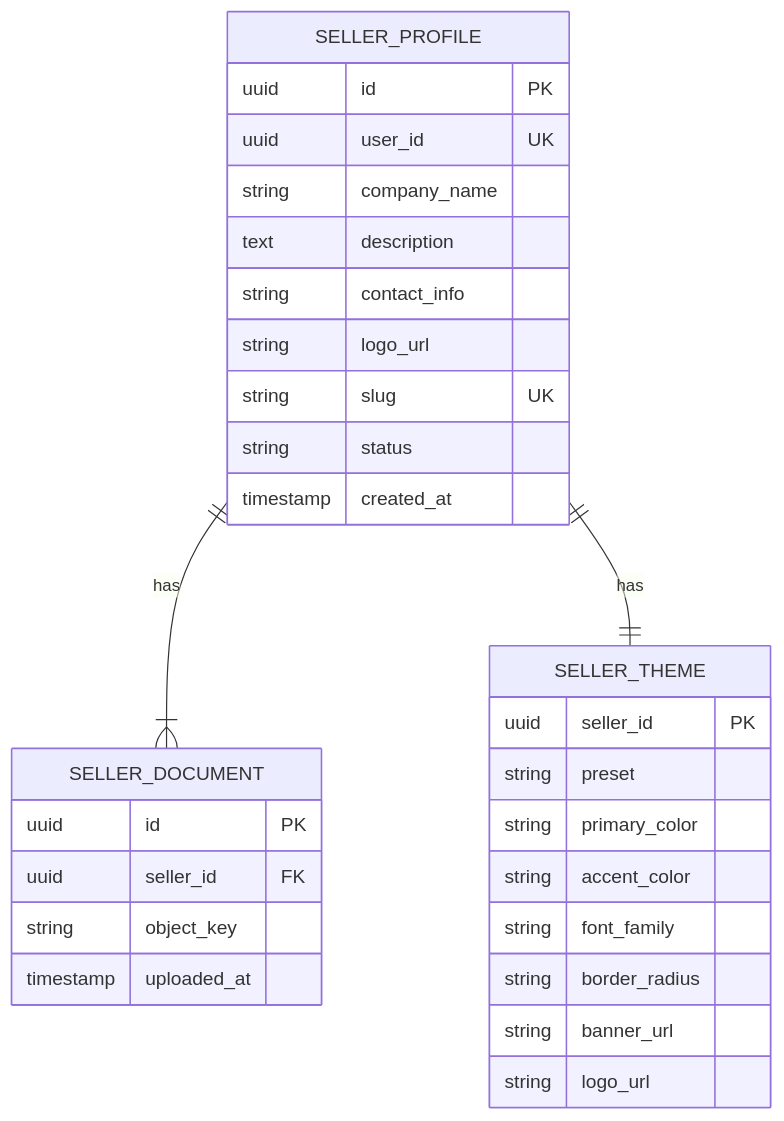
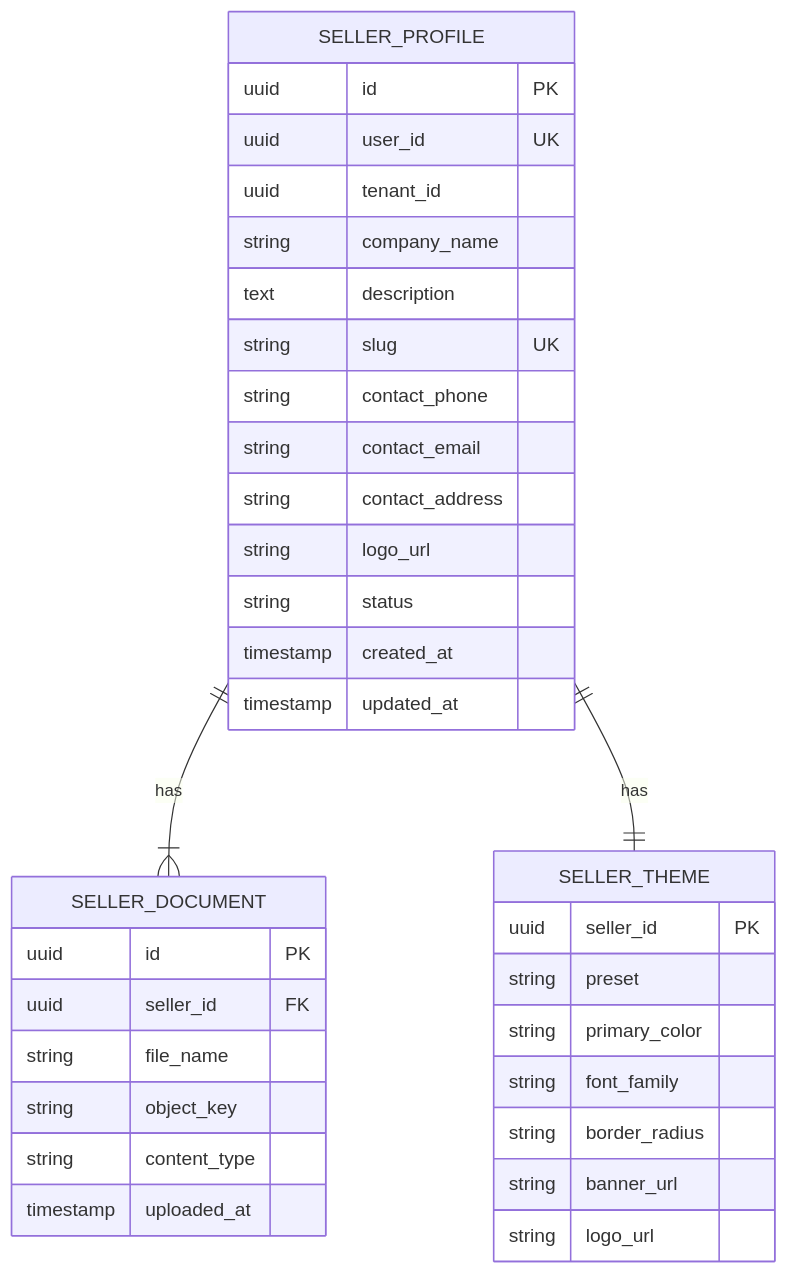
Before and after one commit to stefann5/marketplace: the diagram in diagrams/seller-service/er-diagram.md, drawn with Mermaid. The commit also changed 5 other files, not shown here.

Commit message:
update diagrams and readme for seller service changes

````diff
--- a/diagrams/seller-service/er-diagram.md
+++ b/diagrams/seller-service/er-diagram.md
@@ -3,35 +3,40 @@
 ```mermaid
 erDiagram
     SELLER_PROFILE {
         uuid id PK
         uuid user_id UK
+        uuid tenant_id
         string company_name
         text description
-        string contact_info
+        string slug UK
+        string contact_phone
+        string contact_email
+        string contact_address
         string logo_url
-        string slug UK
         string status
         timestamp created_at
+        timestamp updated_at
     }
 
     SELLER_DOCUMENT {
         uuid id PK
         uuid seller_id FK
+        string file_name
         string object_key
+        string content_type
         timestamp uploaded_at
     }
 
     SELLER_THEME {
         uuid seller_id PK
         string preset
         string primary_color
-        string accent_color
         string font_family
         string border_radius
         string banner_url
         string logo_url
     }
 
     SELLER_PROFILE ||--|{ SELLER_DOCUMENT : "has"
     SELLER_PROFILE ||--|| SELLER_THEME : "has"
 ```
````
